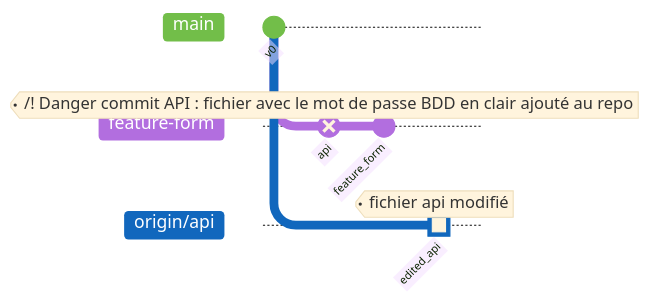
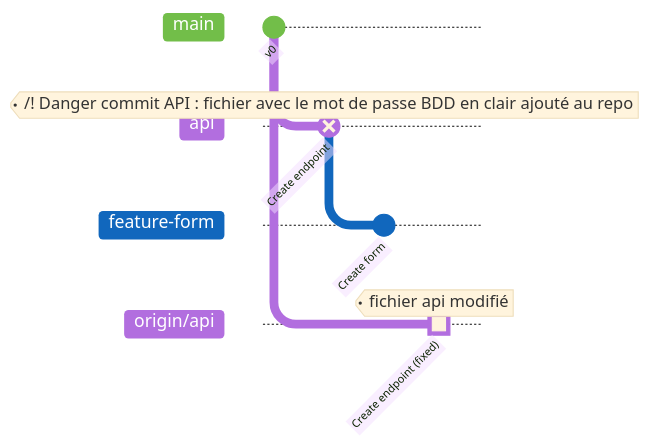
Before and after one commit to ub-mmi-but/git-101: the diagram in docs/index.md, drawn with Mermaid.

Commit message:
feat(story): update git graph

````diff
--- a/docs/index.md
+++ b/docs/index.md
@@ -273,34 +273,36 @@
 ```mermaid
 %%{init: { 'logLevel': 'debug', 'theme': 'base', 'themeVariables': {
-              'gitInv2': '#1167BD',
+              'gitInv3': '#B26EDF',
               'tagLabelFontSize': '15px',
               'git0': '#72BE49',
               'git1': '#B26EDF',
               'git2': '#1167BD',
-              'git3': '#1167BD',
-              'git4': '#F4D23E',
+              'git3': '#B26EDF',
+              'git4': '#1167BD',
               'git5': '#C62817',
               'git6': '#ff00ff',
               'git7': '#00ffff',
               'gitBranchLabel0': '#ffffff',
               'gitBranchLabel1': '#ffffff',
               'gitBranchLabel2': '#ffffff',
               'gitBranchLabel3': '#ffffff',
               'gitBranchLabel4': '#ffffff',
               'gitBranchLabel5': '#ffffff',
               'gitBranchLabel6': '#ffffff',
               'gitBranchLabel7': '#ffffff',
               'gitBranchLabel8': '#ffffff',
               'gitBranchLabel9': '#ffffff'
        } } }%%
 gitGraph
    commit id:"v0"
+   branch api
+   checkout api
+   commit id:"Create endpoint" type:REVERSE tag:"/!\ Danger commit API :  fichier avec le mot de passe BDD en clair ajouté au repo"
    branch feature-form
+   checkout feature-form
+   commit id:"Create form"
+   checkout main
    branch origin/api
-   checkout feature-form
-   commit id:"api" type:REVERSE tag:"/!\ Danger commit API :  fichier avec le mot de passe BDD en clair ajouté au repo"
-   commit id:"feature_form"
-   checkout main
    checkout origin/api
-   commit id:"edited_api" type:HIGHLIGHT tag:"fichier api modifié"
+   commit id:"Create endpoint (fixed)" type:HIGHLIGHT tag:"fichier api modifié"
 ```
````
